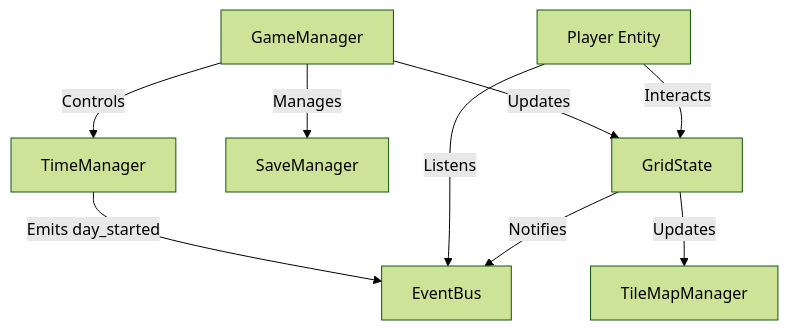
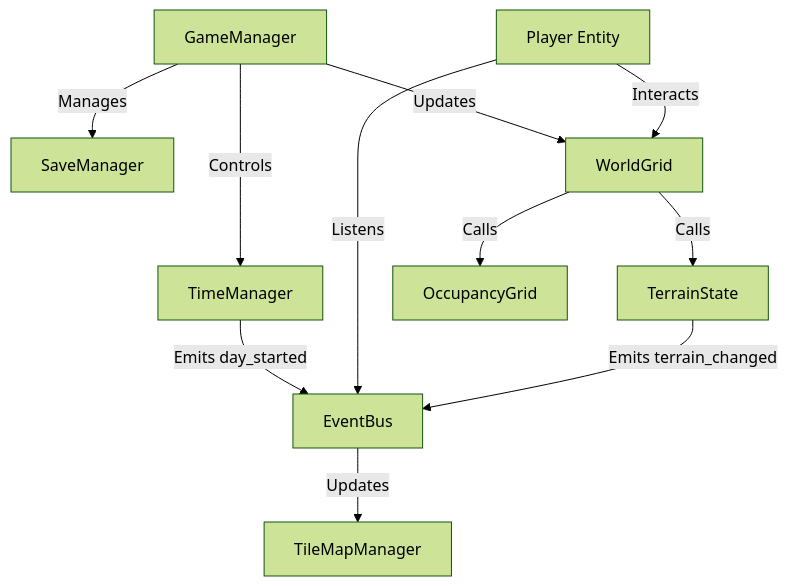
The first of 3 diagrams in docs/architecture.md (felipe-vrgs/farming), drawn with Mermaid (forest theme) before and after one commit. The commit also changed other lines of this file and 45 other files, not shown here.

````diff
--- a/docs/architecture.md
+++ b/docs/architecture.md
@@ -18,14 +21,16 @@
 ```mermaid
 graph TD
     GM[GameManager] -->|Controls| TM[TimeManager]
     GM -->|Manages| SM[SaveManager]
-    GM -->|Updates| GS[GridState]
+    GM -->|Updates| WG[WorldGrid]
     
     TM -->|Emits day_started| EB[EventBus]
     
     Player[Player Entity] -->|Listens| EB
-    Player -->|Interacts| GS
+    Player -->|Interacts| WG
     
-    GS -->|Updates| TMM[TileMapManager]
-    GS -->|Notifies| EB
+    WG -->|Calls| TS[TerrainState]
+    WG -->|Calls| OG[OccupancyGrid]
+    TS -->|Emits terrain_changed| EB
+    EB -->|Updates| TMM[TileMapManager]
 ```
````
